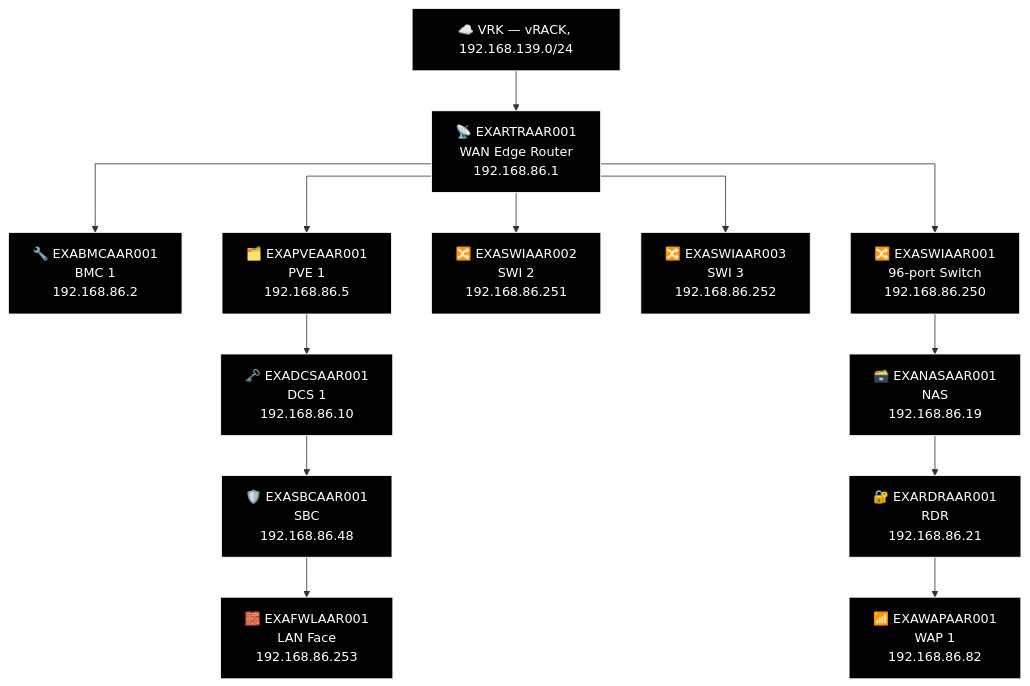
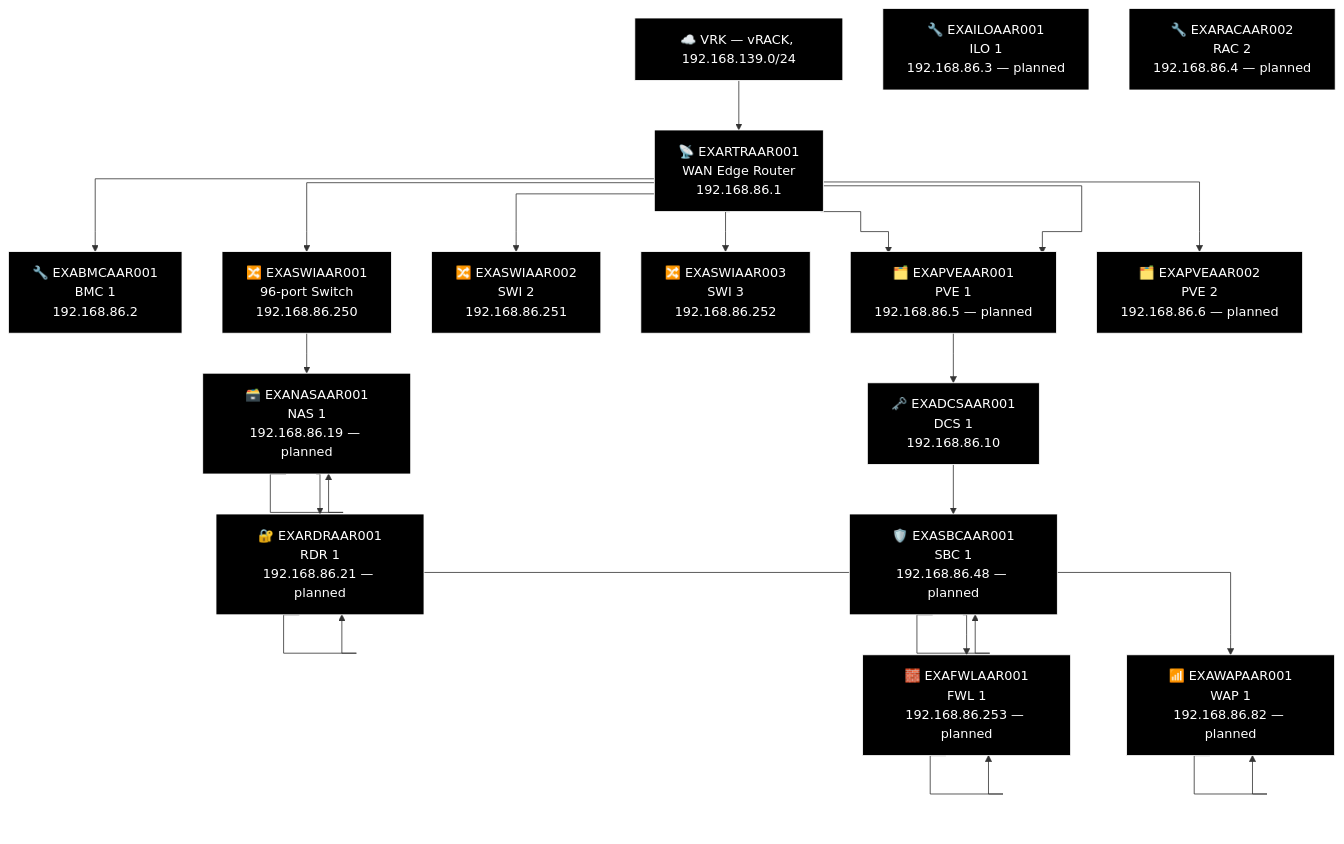
Diagram 17 of 23 in docs/network-diagram/danmark.md (knightmare2600/example_music_infra), drawn with Mermaid before and after one commit. The commit also changed other lines of this file and 12 other files, not shown here.

````diff
--- a/docs/network-diagram/danmark.md
+++ b/docs/network-diagram/danmark.md
@@ -749,40 +824,60 @@
 ```mermaid
 %% GENERATED:TOPOLOGY:AAR:START
 %%{init: {'flowchart': {'curve': 'stepAfter'}}}%%
 graph TD
     T_VRK["☁️ VRK — vRACK, 192.168.139.0/24"]
     T_RTR["📡 EXARTRAAR001<br/>WAN Edge Router<br/>192.168.86.1"]
     T_VRK --> T_RTR
     T_BMC["🔧 EXABMCAAR001<br/>BMC 1<br/>192.168.86.2"]
     T_RTR --> T_BMC
     T_PVE["🗂️ EXAPVEAAR001<br/>PVE 1<br/>192.168.86.5"]
     T_RTR --> T_PVE
     T_SWI["🔀 EXASWIAAR002<br/>SWI 2<br/>192.168.86.251"]
     T_RTR --> T_SWI
     T_SWI2["🔀 EXASWIAAR003<br/>SWI 3<br/>192.168.86.252"]
     T_RTR --> T_SWI2
     T_SWI3["🔀 EXASWIAAR001<br/>96-port Switch<br/>192.168.86.250"]
     T_RTR --> T_SWI3
+    T_PVE["🗂️ EXAPVEAAR001<br/>PVE 1<br/>192.168.86.5 — planned"]
+    T_RTR --> T_PVE
+    T_PVE2["🗂️ EXAPVEAAR002<br/>PVE 2<br/>192.168.86.6 — planned"]
+    T_RTR --> T_PVE2
     T_NAS["🗃️ EXANASAAR001<br/>NAS<br/>192.168.86.19"]
+    T_NAS["🗃️ EXANASAAR001<br/>NAS 1<br/>192.168.86.19 — planned"]
     T_RDR["🔐 EXARDRAAR001<br/>RDR<br/>192.168.86.21"]
+    T_RDR["🔐 EXARDRAAR001<br/>RDR 1<br/>192.168.86.21 — planned"]
     T_WAP["📶 EXAWAPAAR001<br/>WAP 1<br/>192.168.86.82"]
-    T_SWI3 --> T_NAS --> T_RDR --> T_WAP
+    T_WAP["📶 EXAWAPAAR001<br/>WAP 1<br/>192.168.86.82 — planned"]
+    T_SWI3 --> T_NAS --> T_NAS --> T_RDR --> T_RDR --> T_WAP --> T_WAP
     T_DCS["🗝️ EXADCSAAR001<br/>DCS 1<br/>192.168.86.10"]
     T_SBC["🛡️ EXASBCAAR001<br/>SBC<br/>192.168.86.48"]
+    T_SBC["🛡️ EXASBCAAR001<br/>SBC 1<br/>192.168.86.48 — planned"]
     T_FWL["🧱 EXAFWLAAR001<br/>LAN Face<br/>192.168.86.253"]
-    T_PVE --> T_DCS --> T_SBC --> T_FWL
+    T_FWL["🧱 EXAFWLAAR001<br/>FWL 1<br/>192.168.86.253 — planned"]
+    T_PVE --> T_DCS --> T_SBC --> T_SBC --> T_FWL --> T_FWL
+    T_ILO["🔧 EXAILOAAR001<br/>ILO 1<br/>192.168.86.3 — planned"]
+    T_RAC["🔧 EXARACAAR002<br/>RAC 2<br/>192.168.86.4 — planned"]
     style T_VRK fill:#000000,stroke:#FFFFFF,color:#FFFFFF
     style T_RTR fill:#000000,stroke:#FFFFFF,color:#FFFFFF
     style T_BMC fill:#000000,stroke:#FFFFFF,color:#FFFFFF
     style T_PVE fill:#000000,stroke:#FFFFFF,color:#FFFFFF
     style T_SWI fill:#000000,stroke:#FFFFFF,color:#FFFFFF
     style T_SWI2 fill:#000000,stroke:#FFFFFF,color:#FFFFFF
     style T_SWI3 fill:#000000,stroke:#FFFFFF,color:#FFFFFF
+    style T_PVE fill:#000000,stroke:#FFFFFF,color:#FFFFFF
+    style T_PVE2 fill:#000000,stroke:#FFFFFF,color:#FFFFFF
+    style T_NAS fill:#000000,stroke:#FFFFFF,color:#FFFFFF
     style T_NAS fill:#000000,stroke:#FFFFFF,color:#FFFFFF
     style T_RDR fill:#000000,stroke:#FFFFFF,color:#FFFFFF
+    style T_RDR fill:#000000,stroke:#FFFFFF,color:#FFFFFF
+    style T_WAP fill:#000000,stroke:#FFFFFF,color:#FFFFFF
     style T_WAP fill:#000000,stroke:#FFFFFF,color:#FFFFFF
     style T_DCS fill:#000000,stroke:#FFFFFF,color:#FFFFFF
     style T_SBC fill:#000000,stroke:#FFFFFF,color:#FFFFFF
+    style T_SBC fill:#000000,stroke:#FFFFFF,color:#FFFFFF
     style T_FWL fill:#000000,stroke:#FFFFFF,color:#FFFFFF
+    style T_FWL fill:#000000,stroke:#FFFFFF,color:#FFFFFF
+    style T_ILO fill:#000000,stroke:#FFFFFF,color:#FFFFFF
+    style T_RAC fill:#000000,stroke:#FFFFFF,color:#FFFFFF
 %% GENERATED:TOPOLOGY:AAR:END
 ```
````
